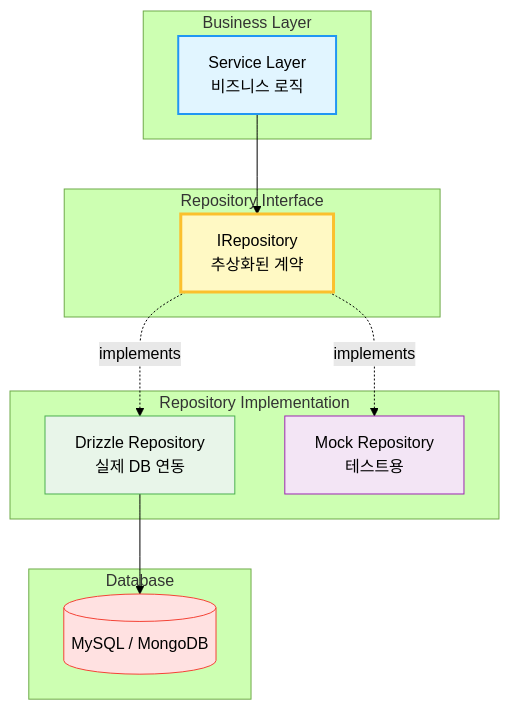
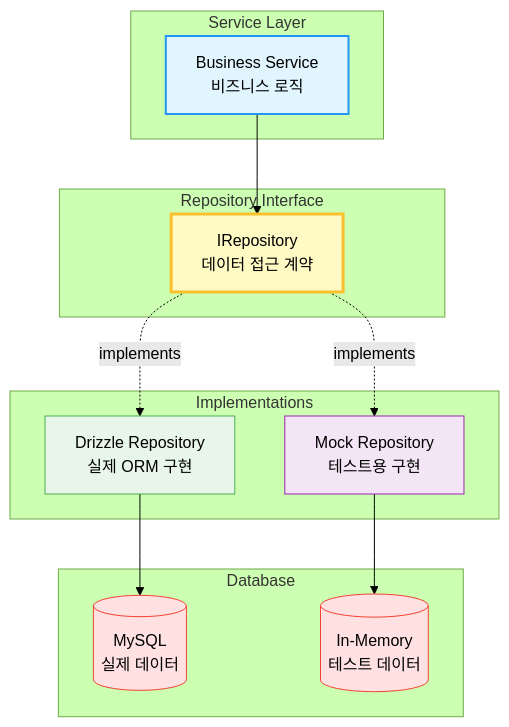
The sixth of 13 diagrams in README.md (1985jwlee/production-iot-backend), drawn with Mermaid (forest theme) before and after one commit. The commit also changed other lines of this file and 1 other file, not shown here.

````diff
--- a/README.md
+++ b/README.md
@@ -285,30 +338,34 @@
 ```mermaid
 graph TB
-    subgraph "Business Layer"
-        SVC[Service Layer<br/>비즈니스 로직]
+    subgraph "Service Layer"
+        SVC[Business Service<br/>비즈니스 로직]
     end
     
     subgraph "Repository Interface"
-        IFACE[IRepository<br/>추상화된 계약]
+        IFACE[IRepository<br/>데이터 접근 계약]
     end
     
-    subgraph "Repository Implementation"
-        DRIZZLE[Drizzle Repository<br/>실제 DB 연동]
-        MOCK[Mock Repository<br/>테스트용]
+    subgraph "Implementations"
+        DRIZZLE[Drizzle Repository<br/>실제 ORM 구현]
+        MOCK[Mock Repository<br/>테스트용 구현]
     end
     
     subgraph "Database"
-        DB[(MySQL / MongoDB)]
+        DB[(MySQL<br/>실제 데이터)]
+        MEM[(In-Memory<br/>테스트 데이터)]
     end
     
     SVC --> IFACE
     IFACE -.->|implements| DRIZZLE
     IFACE -.->|implements| MOCK
+    
     DRIZZLE --> DB
+    MOCK --> MEM
     
     style SVC fill:#e1f5ff,stroke:#2196f3,stroke-width:2px
     style IFACE fill:#fff9c4,stroke:#fbc02d,stroke-width:3px
     style DRIZZLE fill:#e8f5e9,stroke:#4caf50
     style MOCK fill:#f3e5f5,stroke:#9c27b0
     style DB fill:#ffe1e1,stroke:#f44336
+    style MEM fill:#ffe1e1,stroke:#f44336
 ```
````
